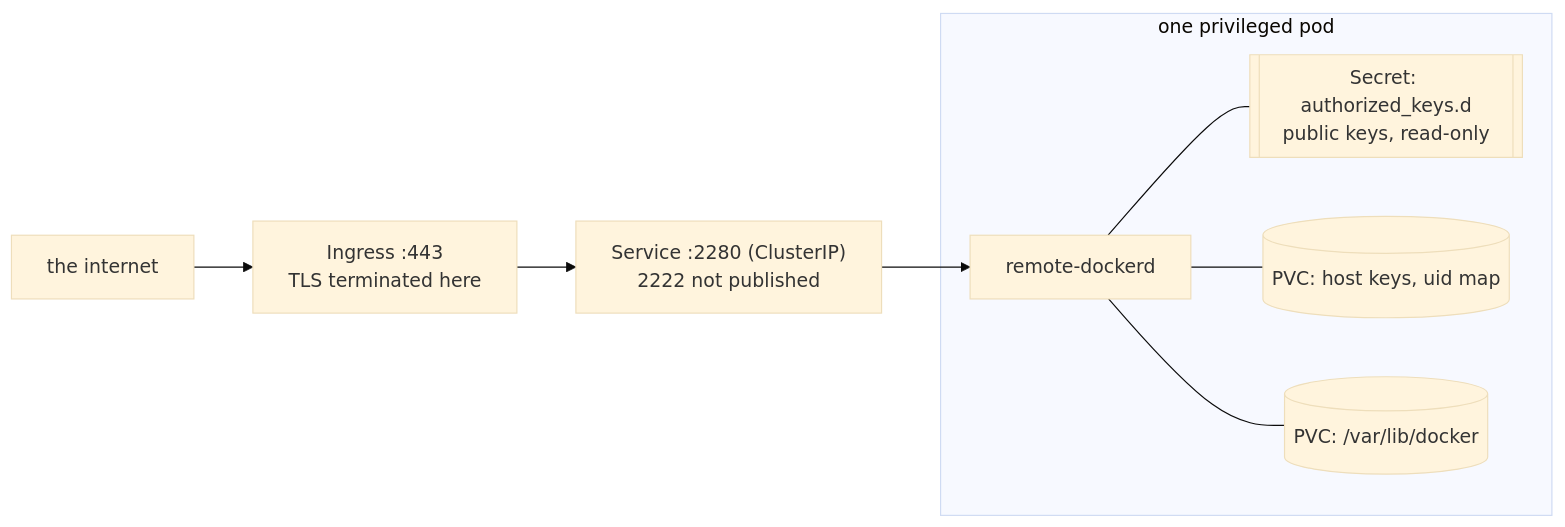
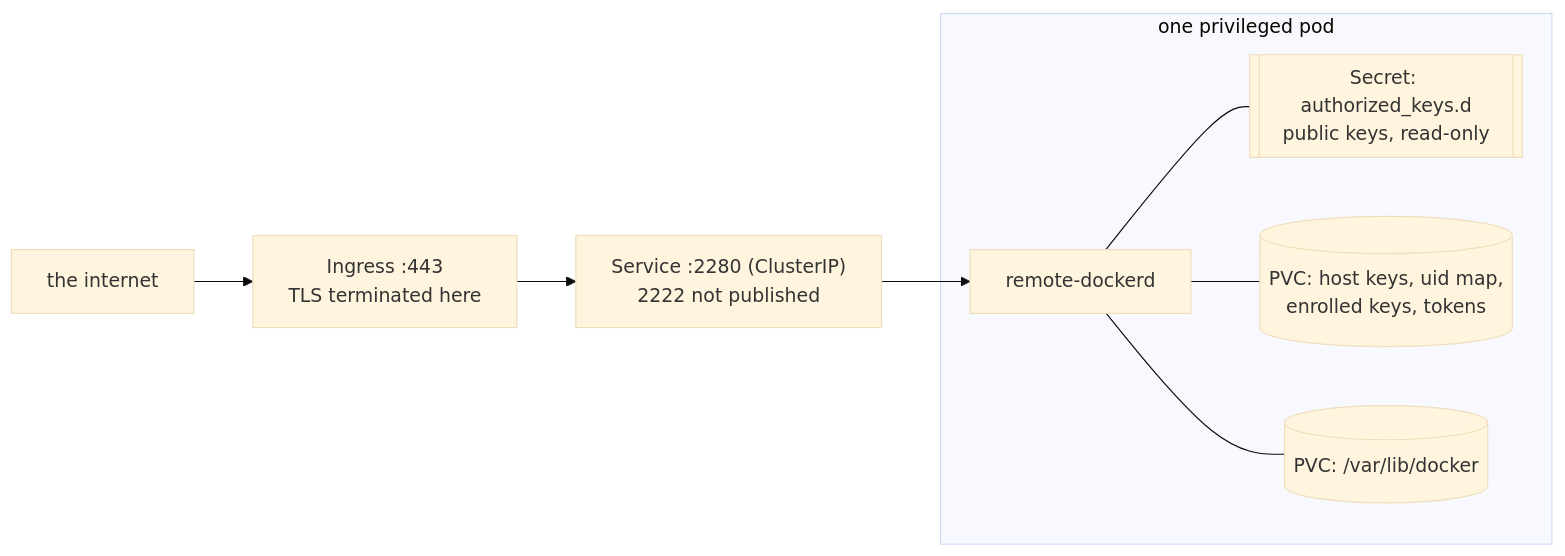
Diagram 12 of 13 in docs/threat-model.md (lhns/remote-docker), drawn with Mermaid (base theme) before and after one commit. The commit also changed other lines of this file and 13 other files, not shown here.

First line of the commit message:
Clean up docs, tests and the chart since 0.8.1

````diff
--- a/docs/threat-model.md
+++ b/docs/threat-model.md
@@ -924,16 +924,16 @@
 ```mermaid
 flowchart LR
     world["the internet"] --> ing["Ingress :443<br/>TLS terminated here"]
     ing --> svc["Service :2280 (ClusterIP)<br/>2222 not published"]
     svc --> agent
 
     subgraph pod["one privileged pod"]
         agent["remote-dockerd"]
         keys[["Secret: authorized_keys.d<br/>public keys, read-only"]]
-        statevol[("PVC: host keys, uid map")]
+        statevol[("PVC: host keys, uid map,<br/>enrolled keys, tokens")]
         graphvol[("PVC: /var/lib/docker")]
         agent --- keys
         agent --- statevol
         agent --- graphvol
     end
 ```
````
